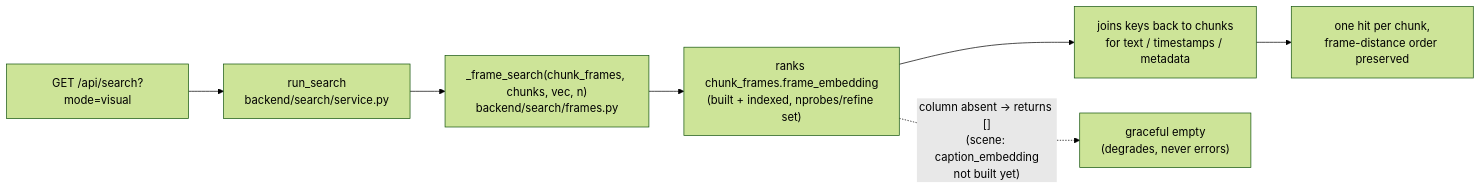
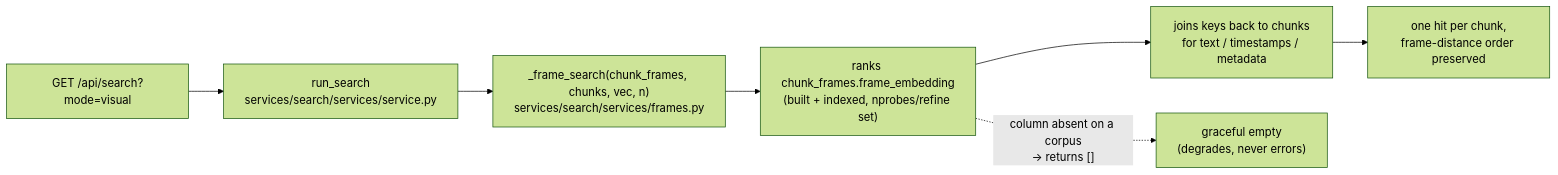
Before and after one commit to Borg93/lance-audio-demo: the second of 2 diagrams in docs/INVESTIGATION.md, drawn with Mermaid (forest theme). The commit also changed other lines of this file and 36 other files, not shown here.

````diff
--- a/docs/INVESTIGATION.md
+++ b/docs/INVESTIGATION.md
@@ -162,9 +161,9 @@
 ```mermaid
 flowchart LR
-    Q["GET /api/search?mode=visual"] --> RS["run_search<br/>backend/search/service.py"]
-    RS --> FS["_frame_search(chunk_frames, chunks, vec, n)<br/>backend/search/frames.py"]
+    Q["GET /api/search?mode=visual"] --> RS["run_search<br/>services/search/services/service.py"]
+    RS --> FS["_frame_search(chunk_frames, chunks, vec, n)<br/>services/search/services/frames.py"]
     FS --> CF["ranks chunk_frames.frame_embedding<br/>(built + indexed, nprobes/refine set)"]
     CF --> JOIN["joins keys back to chunks<br/>for text / timestamps / metadata"]
     JOIN --> HITS["one hit per chunk,<br/>frame-distance order preserved"]
-    CF -.->|"column absent → returns []<br/>(scene: caption_embedding<br/>not built yet)"| EMPTY["graceful empty<br/>(degrades, never errors)"]
+    CF -.->|"column absent on a corpus<br/>→ returns []"| EMPTY["graceful empty<br/>(degrades, never errors)"]
 ```
````
